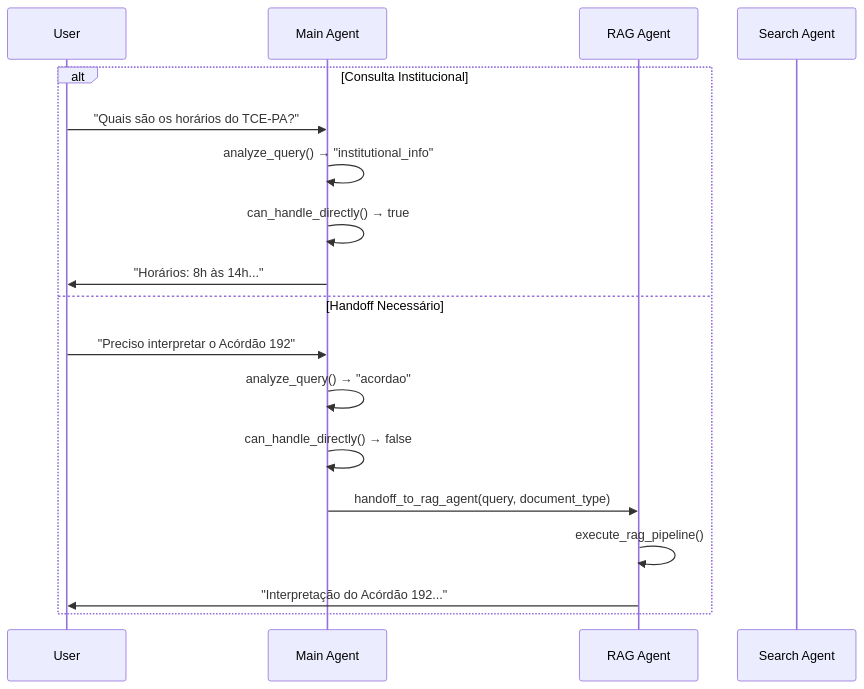
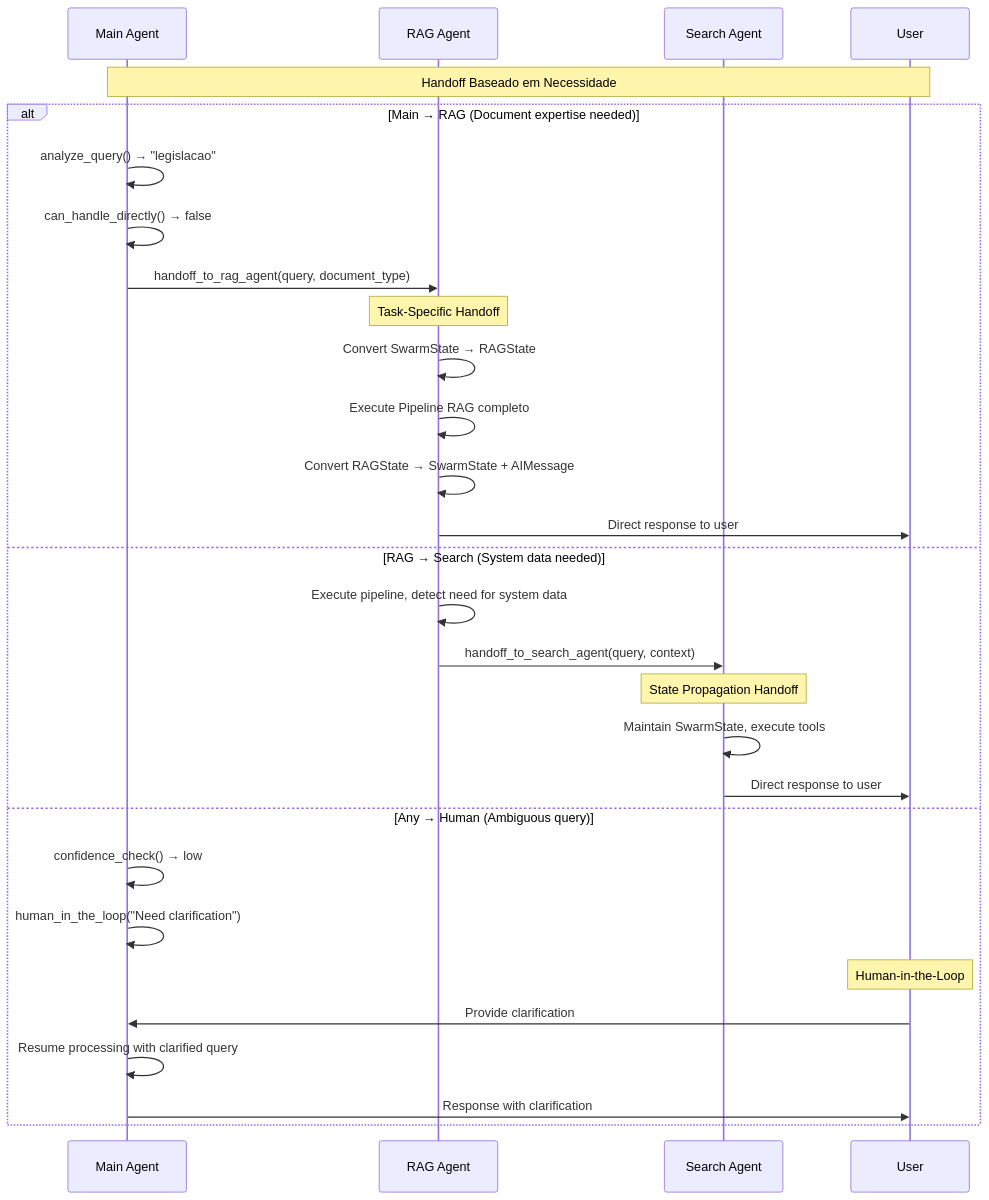
Before and after one commit to jgabriellima/coagent01-graph: the tenth of 18 diagrams in docs/tce_swarm/ARCHITECTURE_COMPLETE.md, drawn with Mermaid. The commit also changed other lines of this file and 13 other files, not shown here.

First line of the commit message:
feat: Update TCE-PA architecture and documentation

````diff
--- a/docs/tce_swarm/ARCHITECTURE_COMPLETE.md
+++ b/docs/tce_swarm/ARCHITECTURE_COMPLETE.md
@@ -794,21 +1317,35 @@
 ```mermaid
 sequenceDiagram
+    participant M as Main Agent
+    participant R as RAG Agent  
+    participant S as Search Agent
     participant U as User
-    participant M as Main Agent
-    participant R as RAG Agent
-    participant S as Search Agent
     
-    alt Consulta Institucional
-        U->>M: "Quais são os horários do TCE-PA?"
-        M->>M: analyze_query() → "institutional_info"
-        M->>M: can_handle_directly() → true
-        M->>U: "Horários: 8h às 14h..."
-         else Handoff Necessário
-         U->>M: "Preciso interpretar o Acórdão 192"
-         M->>M: analyze_query() → "acordao"
-         M->>M: can_handle_directly() → false
-         M->>R: handoff_to_rag_agent(query, document_type)
-         R->>R: execute_rag_pipeline()
-         R->>U: "Interpretação do Acórdão 192..."
+    Note over M,U: Handoff Baseado em Necessidade
+    
+    alt Main → RAG (Document expertise needed)
+        M->>M: analyze_query() → "legislacao"
+        M->>M: can_handle_directly() → false
+        M->>R: handoff_to_rag_agent(query, document_type)
+        Note over R: Task-Specific Handoff
+        R->>R: Convert SwarmState → RAGState
+        R->>R: Execute Pipeline RAG completo
+        R->>R: Convert RAGState → SwarmState + AIMessage
+        R->>U: Direct response to user
+    
+    else RAG → Search (System data needed)
+        R->>R: Execute pipeline, detect need for system data
+        R->>S: handoff_to_search_agent(query, context)
+        Note over S: State Propagation Handoff
+        S->>S: Maintain SwarmState, execute tools
+        S->>U: Direct response to user
+    
+    else Any → Human (Ambiguous query)
+        M->>M: confidence_check() → low
+        M->>M: human_in_the_loop("Need clarification")
+        Note over U: Human-in-the-Loop
+        U->>M: Provide clarification
+        M->>M: Resume processing with clarified query
+        M->>U: Response with clarification
     end
 ```
````
